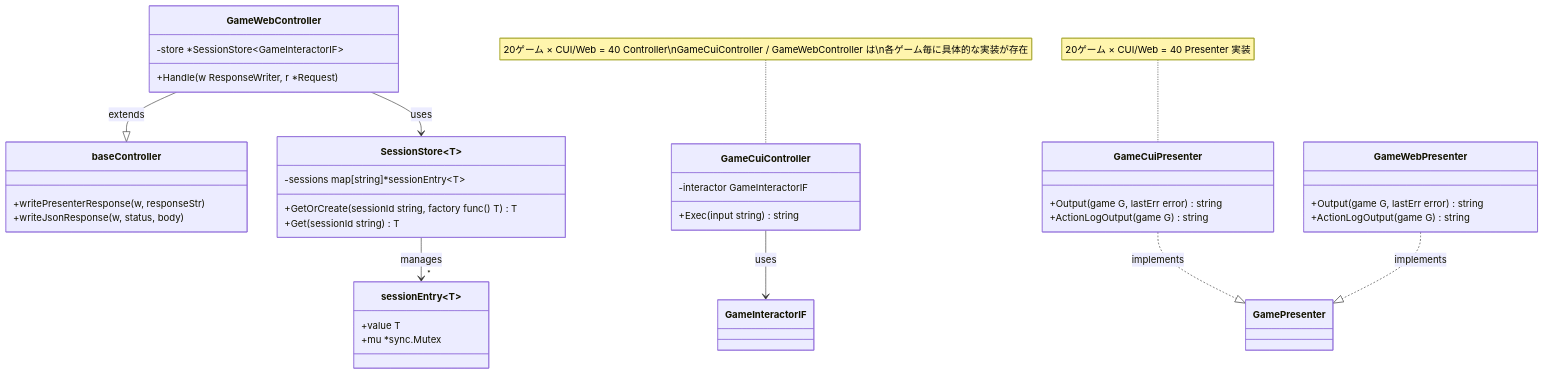
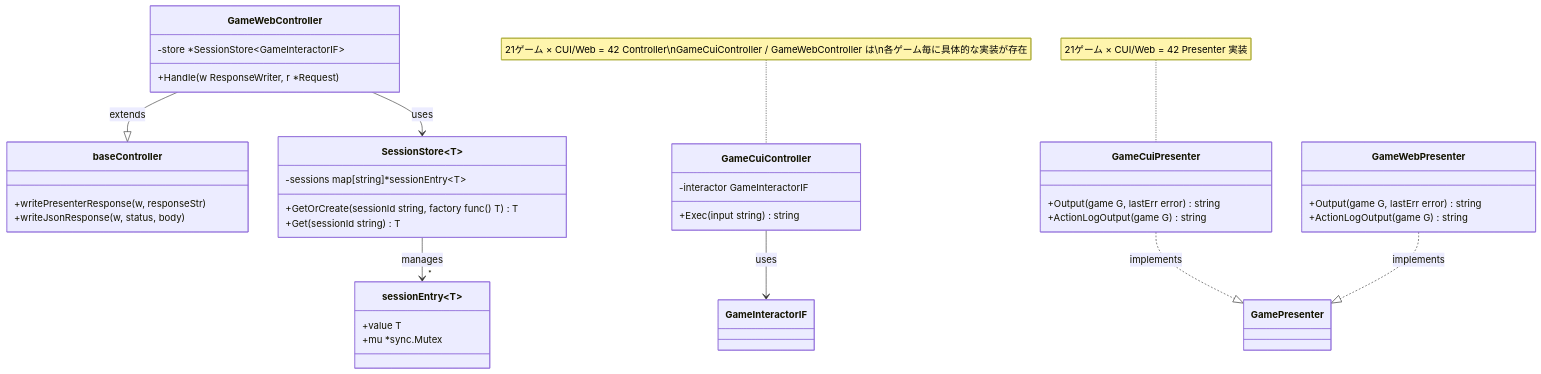
The tenth of 30 diagrams in docs/design/backend.md (yuta-yoshinaga/go_trumpcards), drawn with Mermaid before and after one commit. The commit also changed other lines of this file and 51 other files, not shown here.

````diff
--- a/docs/design/backend.md
+++ b/docs/design/backend.md
@@ -664,48 +694,48 @@
 ```mermaid
 classDiagram
     class baseController {
         +writePresenterResponse(w, responseStr)
         +writeJsonResponse(w, status, body)
     }
 
     class SessionStore~T~ {
         -sessions map[string]*sessionEntry~T~
         +GetOrCreate(sessionId string, factory func() T) T
         +Get(sessionId string) T
     }
 
     class sessionEntry~T~ {
         +value T
         +mu *sync.Mutex
     }
 
     class GameCuiController {
         -interactor GameInteractorIF
         +Exec(input string) string
     }
 
     class GameWebController {
         -store *SessionStore~GameInteractorIF~
         +Handle(w ResponseWriter, r *Request)
     }
 
     class GameCuiPresenter {
         +Output(game G, lastErr error) string
         +ActionLogOutput(game G) string
     }
 
     class GameWebPresenter {
         +Output(game G, lastErr error) string
         +ActionLogOutput(game G) string
     }
 
     GameWebController --|> baseController : extends
     GameWebController --> SessionStore : uses
     SessionStore --> "*" sessionEntry : manages
     GameCuiController --> GameInteractorIF : uses
     GameCuiPresenter ..|> GamePresenter : implements
     GameWebPresenter ..|> GamePresenter : implements
 
-    note for GameCuiController "20ゲーム × CUI/Web = 40 Controller\nGameCuiController / GameWebController は\n各ゲーム毎に具体的な実装が存在"
-    note for GameCuiPresenter "20ゲーム × CUI/Web = 40 Presenter 実装"
+    note for GameCuiController "21ゲーム × CUI/Web = 42 Controller\nGameCuiController / GameWebController は\n各ゲーム毎に具体的な実装が存在"
+    note for GameCuiPresenter "21ゲーム × CUI/Web = 42 Presenter 実装"
 ```
````
